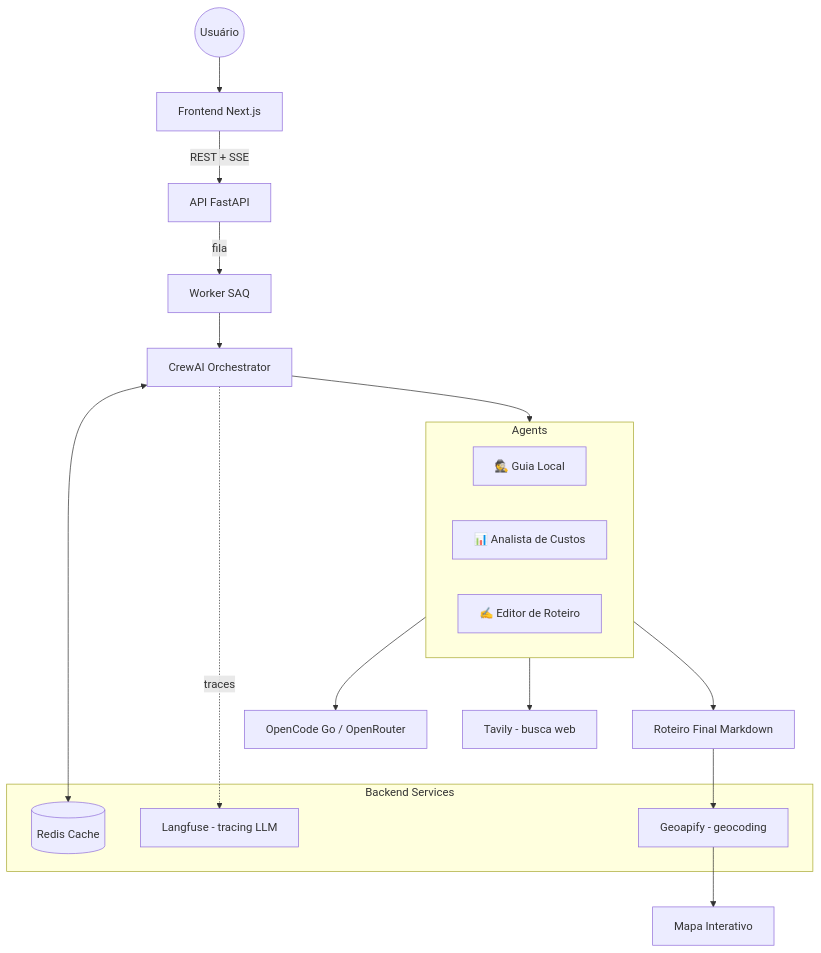
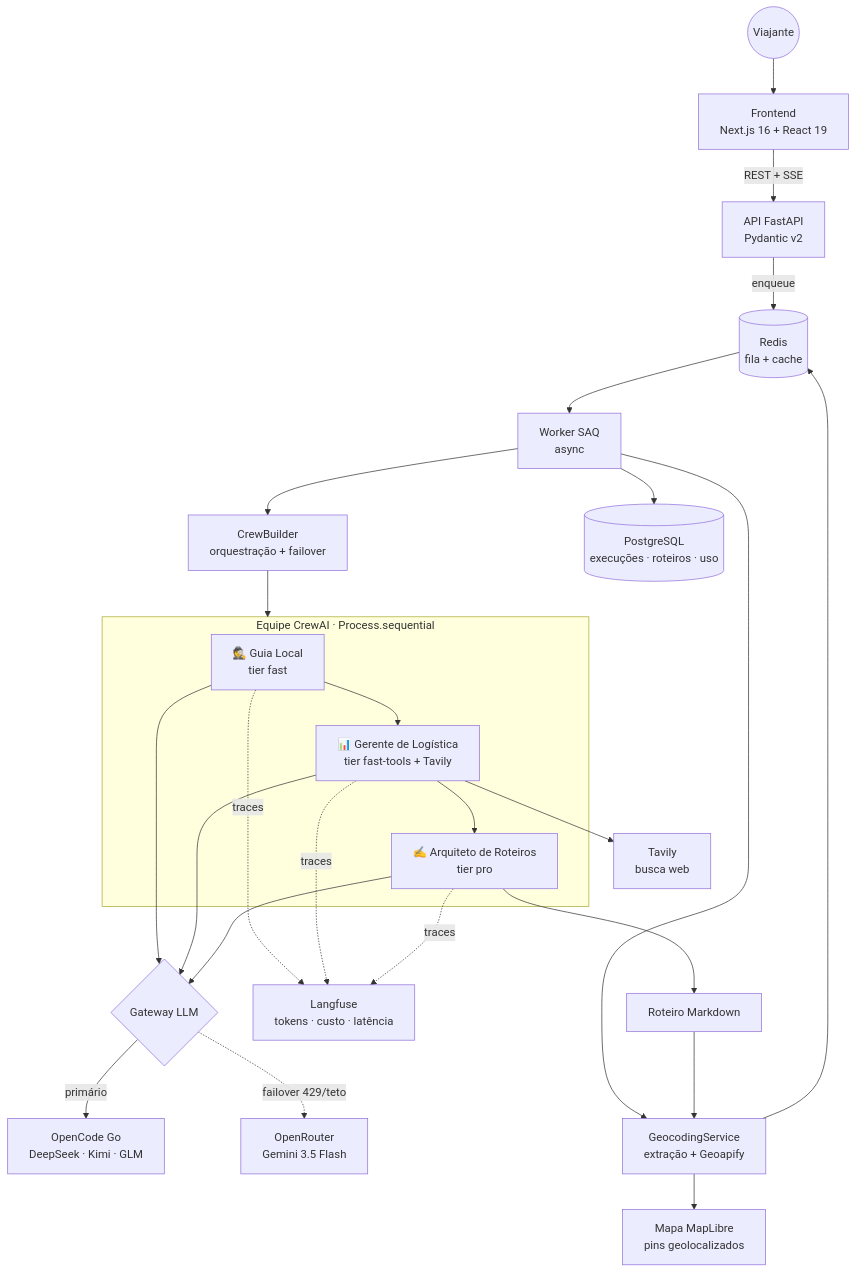
Before and after one commit to henriquebotelhogomes/agencia_viagens_ia: the first of 2 diagrams in README.md, drawn with Mermaid. The commit also changed other lines of this file, not shown here.

Commit message:
docs: reescreve README com arquitetura, logica dos agentes (mermaid) e racional da stack

````diff
--- a/README.md
+++ b/README.md
@@ -36,30 +45,32 @@
 ```mermaid
 graph TD
-    User((Usuário)) --> FE[Frontend Next.js]
-    FE -->|REST + SSE| API[API FastAPI]
-    API -->|fila| WK[Worker SAQ]
-    WK --> Crew[CrewAI Orchestrator]
+    User((Viajante)) --> FE[Frontend<br/>Next.js 16 + React 19]
+    FE -->|REST + SSE| API[API FastAPI<br/>Pydantic v2]
+    API -->|enqueue| Q[(Redis<br/>fila + cache)]
+    Q --> WK[Worker SAQ<br/>async]
+    WK --> Crew[CrewBuilder<br/>orquestração + failover]
 
-    subgraph Agents
-        A1[🕵️ Guia Local]
-        A2[📊 Analista de Custos]
-        A3[✍️ Editor de Roteiro]
+    subgraph Agents["Equipe CrewAI · Process.sequential"]
+        A1[🕵️ Guia Local<br/>tier fast]
+        A2[📊 Gerente de Logística<br/>tier fast-tools + Tavily]
+        A3[✍️ Arquiteto de Roteiros<br/>tier pro]
+        A1 --> A2 --> A3
     end
 
     Crew --> Agents
-    Agents --> LLM[OpenCode Go / OpenRouter]
-    Agents --> Tools[Tavily - busca web]
+    A1 & A2 & A3 --> GW{Gateway LLM}
+    GW -->|primário| OCG[OpenCode Go<br/>DeepSeek · Kimi · GLM]
+    GW -.->|failover 429/teto| ORT[OpenRouter<br/>Gemini 3.5 Flash]
 
-    subgraph Backend Services
-        Redis[(Redis Cache)]
-        Geo[Geoapify - geocoding]
-        LF[Langfuse - tracing LLM]
-    end
+    A2 --> TV[Tavily<br/>busca web]
 
-    Crew <--> Redis
-    Crew -.traces.-> LF
+    WK --> PG[(PostgreSQL<br/>execuções · roteiros · uso)]
+    WK --> GS[GeocodingService<br/>extração + Geoapify]
+    GS --> Q
 
-    Agents --> Output[Roteiro Final Markdown]
-    Output --> Geo
-    Geo --> Map[Mapa Interativo]
+    A1 & A2 & A3 -.traces.-> LF[Langfuse<br/>tokens · custo · latência]
+
+    A3 --> MD[Roteiro Markdown]
+    MD --> GS
+    GS --> MAP[Mapa MapLibre<br/>pins geolocalizados]
 ```
````
